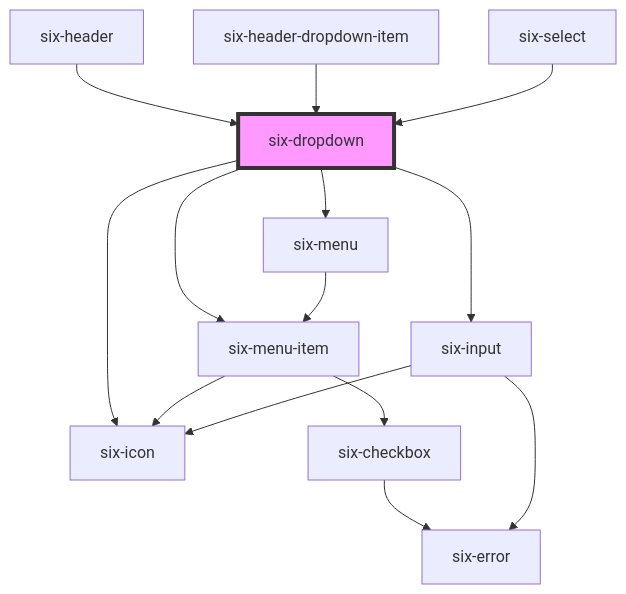
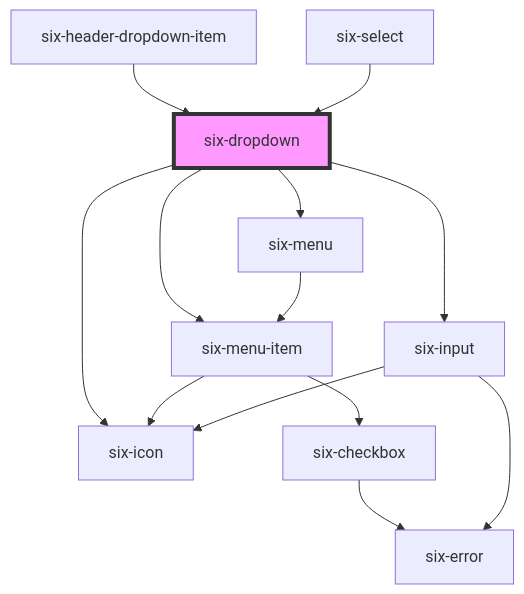
The diagram in docs/components/six-dropdown.md (six-group/six-webcomponents), drawn with Mermaid before and after one commit. The commit also changed other lines of this file and 53 other files, not shown here.

Commit message:
feat: additional props for six-header-dropdown and six-header-menu-button

````diff
--- a/docs/components/six-dropdown.md
+++ b/docs/components/six-dropdown.md
@@ -553,17 +541,16 @@
 ```mermaid
 graph TD;
   six-dropdown --> six-menu-item
   six-dropdown --> six-input
   six-dropdown --> six-icon
   six-dropdown --> six-menu
   six-menu-item --> six-checkbox
   six-menu-item --> six-icon
   six-checkbox --> six-error
   six-input --> six-icon
   six-input --> six-error
   six-menu --> six-menu-item
-  six-header --> six-dropdown
   six-header-dropdown-item --> six-dropdown
   six-select --> six-dropdown
   style six-dropdown fill:#f9f,stroke:#333,stroke-width:4px
 ```
````
